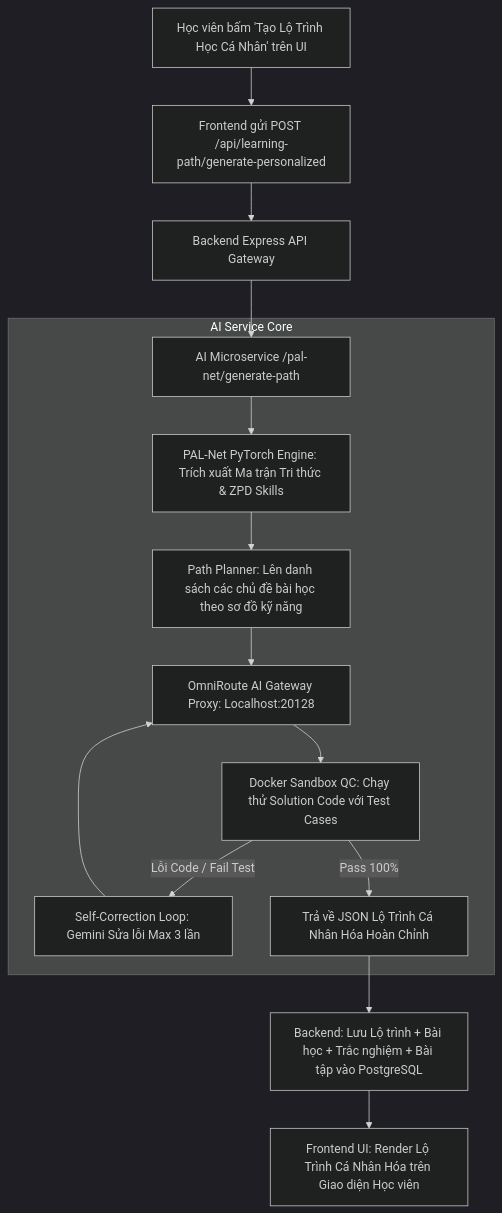
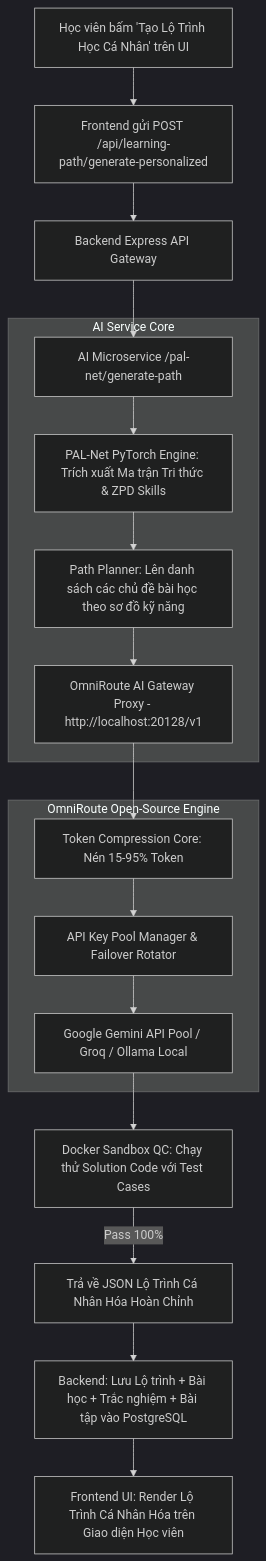
One commit to nguyentuanviet12k1d22cntt02-eng/codehub changed the second of 3 diagrams in docs/Kế hoạch triển khai/Ke_hoach_trien_khai_Tu_tao_lo_trinh_hoc_ca_nhan_hoa_PAL_NET.md. Above: the diagram before and after it, drawn with Mermaid (dark theme). The commit also changed other lines of this file and 19 other files, not shown here.

````diff
--- a/docs/Kế hoạch triển khai/Ke_hoach_trien_khai_Tu_tao_lo_trinh_hoc_ca_nhan_hoa_PAL_NET.md
+++ b/docs/Kế hoạch triển khai/Ke_hoach_trien_khai_Tu_tao_lo_trinh_hoc_ca_nhan_hoa_PAL_NET.md
@@ -69,19 +73,23 @@
 ```mermaid
 flowchart TD
     A[Học viên bấm 'Tạo Lộ Trình Học Cá Nhân' trên UI] --> B[Frontend gửi POST /api/learning-path/generate-personalized]
     B --> C[Backend Express API Gateway]
     C --> D[AI Microservice /pal-net/generate-path]
     
     subgraph AI Service Core
         D --> E[PAL-Net PyTorch Engine: Trích xuất Ma trận Tri thức & ZPD Skills]
         E --> F[Path Planner: Lên danh sách các chủ đề bài học theo sơ đồ kỹ năng]
-        F --> G[OmniRoute AI Gateway Proxy: Localhost:20128]
-        G --> H[Docker Sandbox QC: Chạy thử Solution Code với Test Cases]
-        H -- Lỗi Code / Fail Test --> I[Self-Correction Loop: Gemini Sửa lỗi Max 3 lần]
-        I --> G
-        H -- Pass 100% --> J[Trả về JSON Lộ Trình Cá Nhân Hóa Hoàn Chỉnh]
+        F --> G[OmniRoute AI Gateway Proxy - http://localhost:20128/v1]
     end
-    
-    J --> K[Backend: Lưu Lộ trình + Bài học + Trắc nghiệm + Bài tập vào PostgreSQL]
-    K --> L[Frontend UI: Render Lộ Trình Cá Nhân Hóa trên Giao diện Học viên]
+
+    subgraph OmniRoute Open-Source Engine
+        G --> H[Token Compression Core: Nén 15-95% Token]
+        H --> I[API Key Pool Manager & Failover Rotator]
+        I --> J[Google Gemini API Pool / Groq / Ollama Local]
+    end
+
+    J --> K[Docker Sandbox QC: Chạy thử Solution Code với Test Cases]
+    K -- Pass 100% --> L[Trả về JSON Lộ Trình Cá Nhân Hóa Hoàn Chỉnh]
+    L --> M[Backend: Lưu Lộ trình + Bài học + Trắc nghiệm + Bài tập vào PostgreSQL]
+    M --> N[Frontend UI: Render Lộ Trình Cá Nhân Hóa trên Giao diện Học viên]
 ```
````
